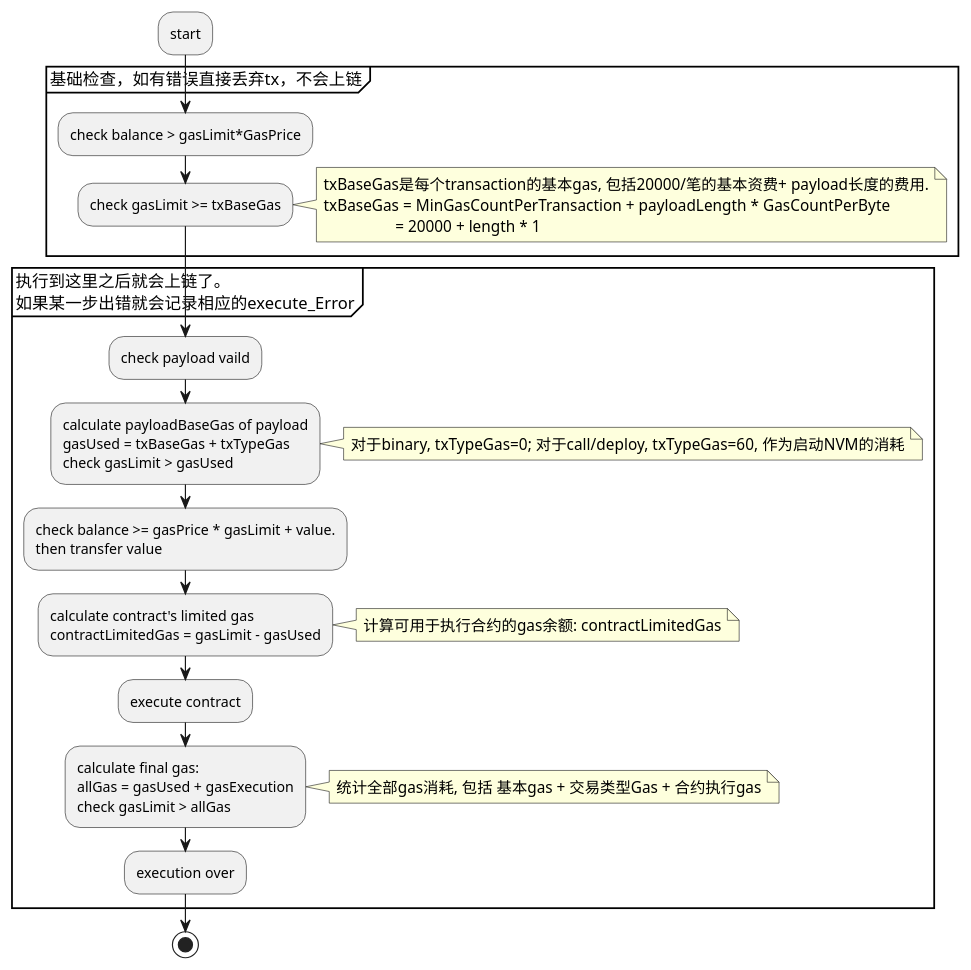
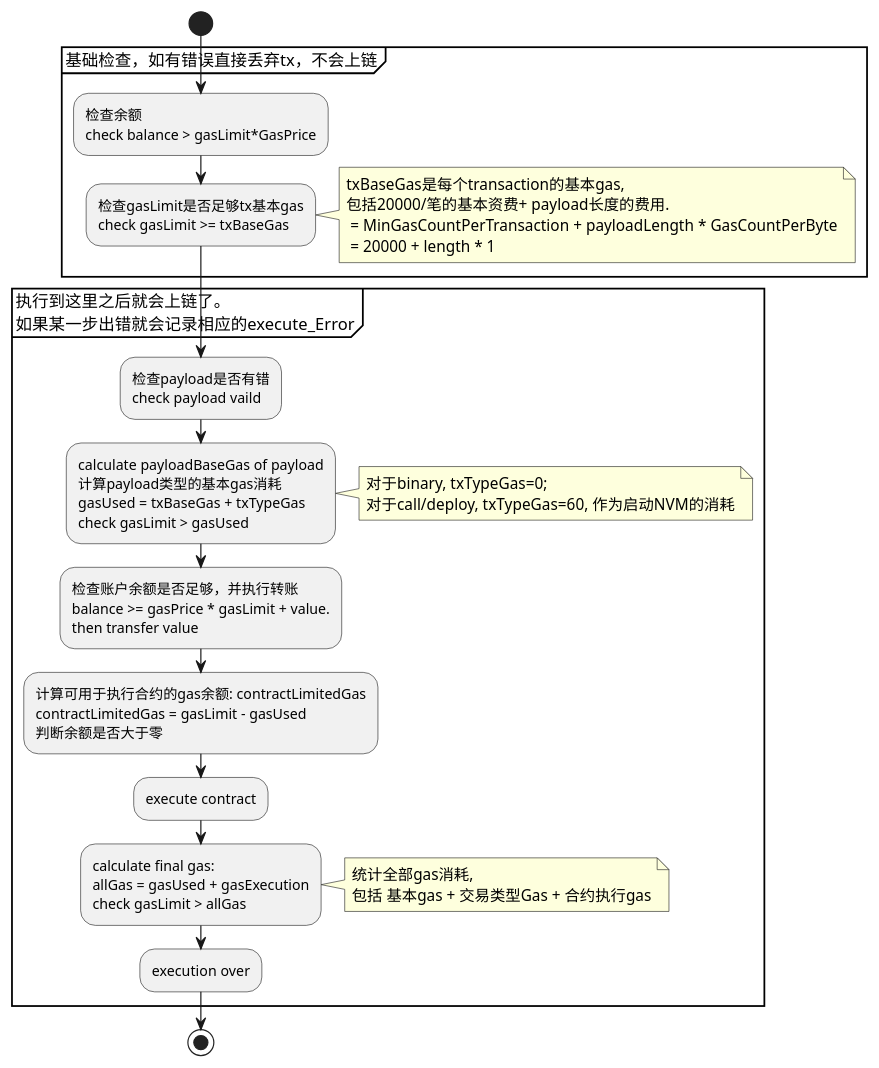
One commit to yupnano/go-nebulas-docs changed the diagram in resource/Transaction-VerifyExecution.plantuml. Above: the diagram before and after it, drawn with PlantUML. The commit also changed 10 other files, not shown here.

```diff
--- a/resource/Transaction-VerifyExecution.plantuml
+++ b/resource/Transaction-VerifyExecution.plantuml
@@ -1,52 +1,58 @@
 @startuml
 'title : execution of transaction
 
-:start;
+start;
 
   partition 基础检查，如有错误直接丢弃tx，不会上链 {
-  :check balance > gasLimit*GasPrice;
+  :检查余额
+  check balance > gasLimit*GasPrice;
 
-  :check gasLimit >= txBaseGas;
+  :检查gasLimit是否足够tx基本gas
+  check gasLimit >= txBaseGas;
       note right
-        txBaseGas是每个transaction的基本gas, 包括20000/笔的基本资费+ payload长度的费用.
-        txBaseGas = MinGasCountPerTransaction + payloadLength * GasCountPerByte
-                          = 20000 + length * 1
+        txBaseGas是每个transaction的基本gas,
+        包括20000/笔的基本资费+ payload长度的费用.
+         = MinGasCountPerTransaction + payloadLength * GasCountPerByte
+         = 20000 + length * 1
       end note
 
   }
 
   partition 执行到这里之后就会上链了。\n如果某一步出错就会记录相应的execute_Error {
-  :check payload vaild;
+  :检查payload是否有错
+  check payload vaild;
 
   :calculate payloadBaseGas of payload
+  计算payload类型的基本gas消耗
   gasUsed = txBaseGas + txTypeGas
   check gasLimit > gasUsed;
       note right
-        对于binary, txTypeGas=0; 对于call/deploy, txTypeGas=60, 作为启动NVM的消耗
+        对于binary, txTypeGas=0;
+        对于call/deploy, txTypeGas=60, 作为启动NVM的消耗
       end note
 
-  :check balance >= gasPrice * gasLimit + value.
+  :检查账户余额是否足够，并执行转账
+  balance >= gasPrice * gasLimit + value.
   then transfer value;
 
-  :calculate contract's limited gas
-  contractLimitedGas = gasLimit - gasUsed;
-      note right
-        计算可用于执行合约的gas余额: contractLimitedGas
-      end note
+  :计算可用于执行合约的gas余额: contractLimitedGas
+  contractLimitedGas = gasLimit - gasUsed
+  判断余额是否大于零;
 
   :execute contract;
 
   :calculate final gas:
   allGas = gasUsed + gasExecution
   check gasLimit > allGas;
       note right
-        统计全部gas消耗, 包括 基本gas + 交易类型Gas + 合约执行gas
+        统计全部gas消耗,
+        包括 基本gas + 交易类型Gas + 合约执行gas
       end note
 
   :execution over;
 
   }
 
 stop
 
 @enduml
```
